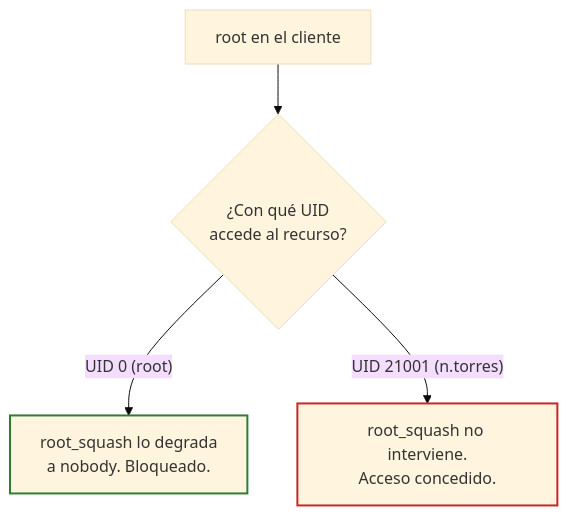
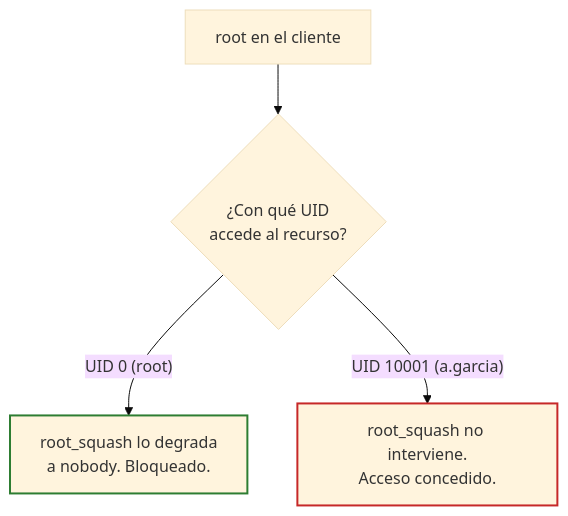
Before and after one commit to martin2745/curso-linux: the second of 8 diagrams in sistemas_operativos_en_red/04_seguridad_del_escenario_y_kerberos.md, drawn with Mermaid (base theme). The commit also changed other lines of this file and 11 other files, not shown here.

````diff
--- a/sistemas_operativos_en_red/04_seguridad_del_escenario_y_kerberos.md
+++ b/sistemas_operativos_en_red/04_seguridad_del_escenario_y_kerberos.md
@@ -134,8 +134,8 @@
 ```mermaid
 flowchart TB
     A["root en el cliente"] --> B{"¿Con qué UID<br>accede al recurso?"}
     B -->|"UID 0 (root)"| C["root_squash lo degrada<br>a nobody. Bloqueado."]
-    B -->|"UID 21001 (n.torres)"| D["root_squash no interviene.<br>Acceso concedido."]
+    B -->|"UID 10001 (a.garcia)"| D["root_squash no interviene.<br>Acceso concedido."]
     style C stroke:#2e7d32,stroke-width:2px
     style D stroke:#c62828,stroke-width:2px
 ```
````
